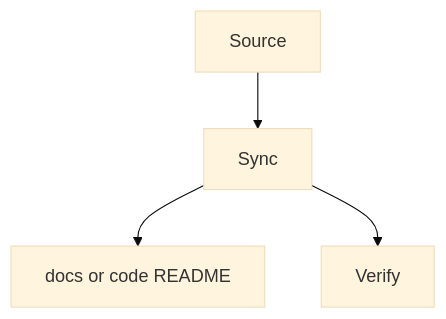
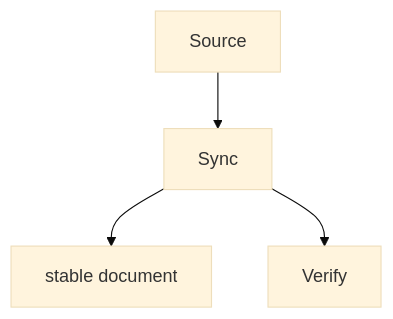
The diagram in .workflow/templates/sync.md (FlutteryEmbers/workflow), drawn with Mermaid (base theme) before and after one commit. The commit also changed other lines of this file and 26 other files, not shown here.

````diff
--- a/.workflow/templates/sync.md
+++ b/.workflow/templates/sync.md
@@ -49,6 +63,6 @@
 ```mermaid
 flowchart TD
     source_node["Source"] --> sync_node["Sync"]
-    sync_node --> docs_node["docs or code README"]
+    sync_node --> docs_node["stable document"]
     sync_node --> verify_node["Verify"]
 ```
````
